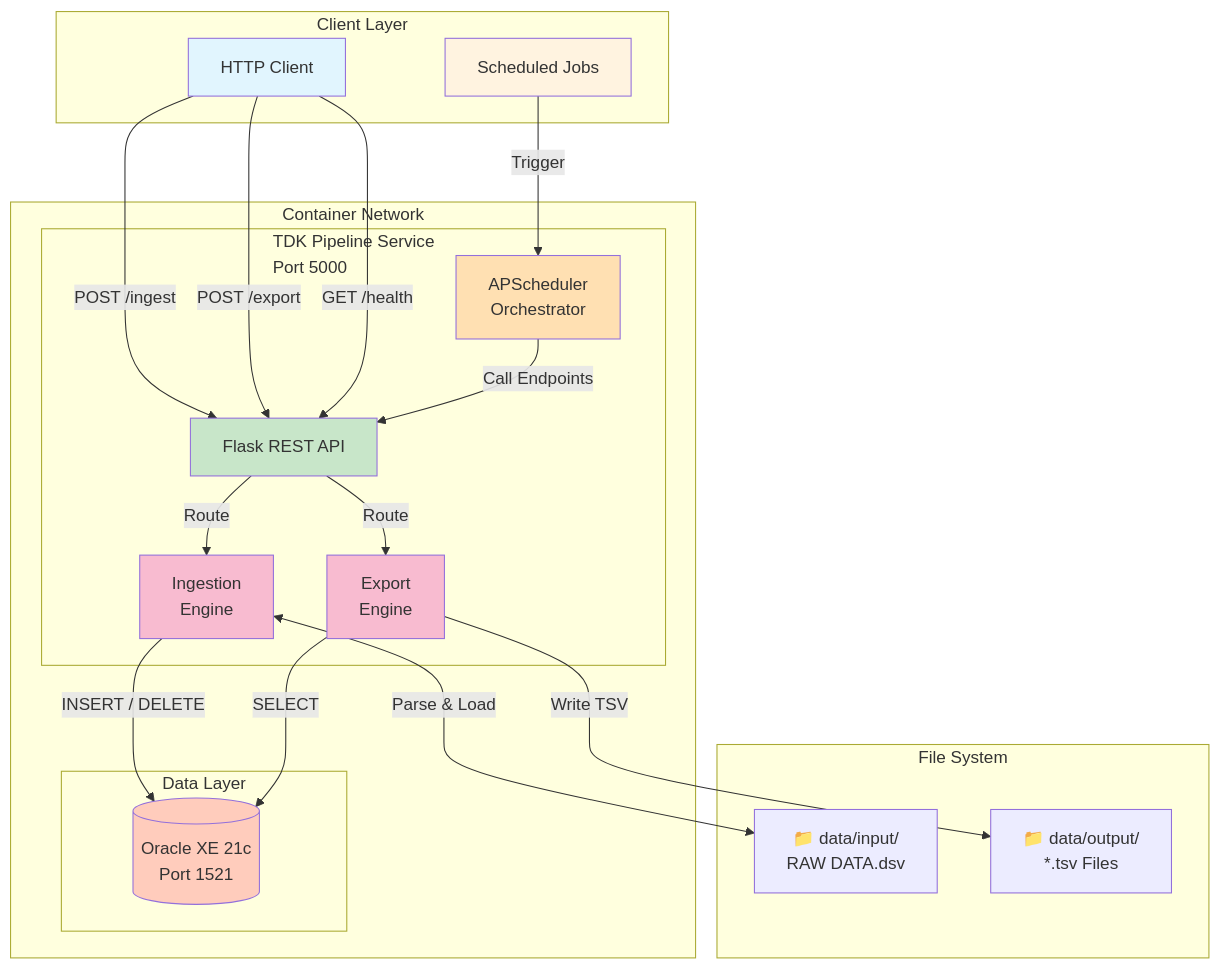
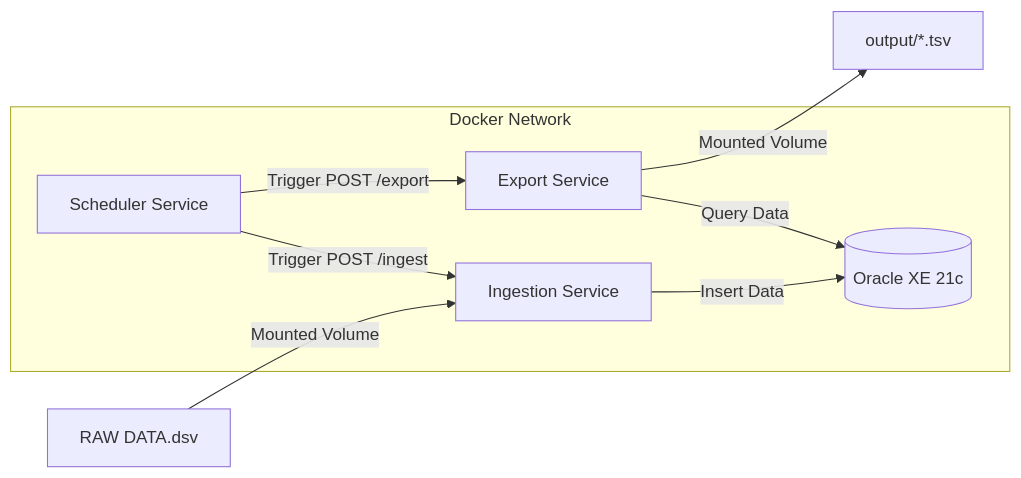
Before and after one commit to dineshbuilds121/tdk-data-pipeline: the diagram in README.md, drawn with Mermaid. The commit also changed other lines of this file, not shown here.

````diff
--- a/README.md
+++ b/README.md
@@ -23,48 +20,13 @@
 ```mermaid
-graph TB
-    subgraph "Client Layer"
-        CLIENT[HTTP Client]
-        CRON[Scheduled Jobs]
+graph LR
+    subgraph Docker Network
+        SCH[Scheduler Service] -->|Trigger POST /ingest| ING[Ingestion Service]
+        SCH -->|Trigger POST /export| EXP[Export Service]
+        
+        ING -->|Insert Data| DB[(Oracle XE 21c)]
+        EXP -->|Query Data| DB
     end
     
-    subgraph "Container Network"
-        subgraph "TDK Pipeline Service<br/>Port 5000"
-            FLASK[Flask REST API]
-            SCHED[APScheduler<br/>Orchestrator]
-            INGEST[Ingestion<br/>Engine]
-            EXPORT[Export<br/>Engine]
-        end
-        
-        subgraph "Data Layer"
-            ORACLEDB[(Oracle XE 21c<br/>Port 1521)]
-        end
-    end
-    
-    subgraph "File System"
-        INPUT["📁 data/input/<br/>RAW DATA.dsv"]
-        OUTPUT["📁 data/output/<br/>*.tsv Files"]
-    end
-    
-    CLIENT -->|POST /ingest| FLASK
-    CLIENT -->|POST /export| FLASK
-    CLIENT -->|GET /health| FLASK
-    
-    CRON -->|Trigger| SCHED
-    SCHED -->|Call Endpoints| FLASK
-    FLASK -->|Route| INGEST
-    FLASK -->|Route| EXPORT
-    
-    INGEST <-->|Parse & Load| INPUT
-    INGEST -->|INSERT / DELETE| ORACLEDB
-    
-    EXPORT -->|SELECT| ORACLEDB
-    EXPORT -->|Write TSV| OUTPUT
-    
-    style CLIENT fill:#e1f5fe
-    style CRON fill:#fff3e0
-    style FLASK fill:#c8e6c9
-    style INGEST fill:#f8bbd0
-    style EXPORT fill:#f8bbd0
-    style SCHED fill:#ffe0b2
-    style ORACLEDB fill:#ffccbc
+    FILE_IN[RAW DATA.dsv] -->|Mounted Volume| ING
+    EXP -->|Mounted Volume| FILE_OUT[output/*.tsv]
 ```
````
